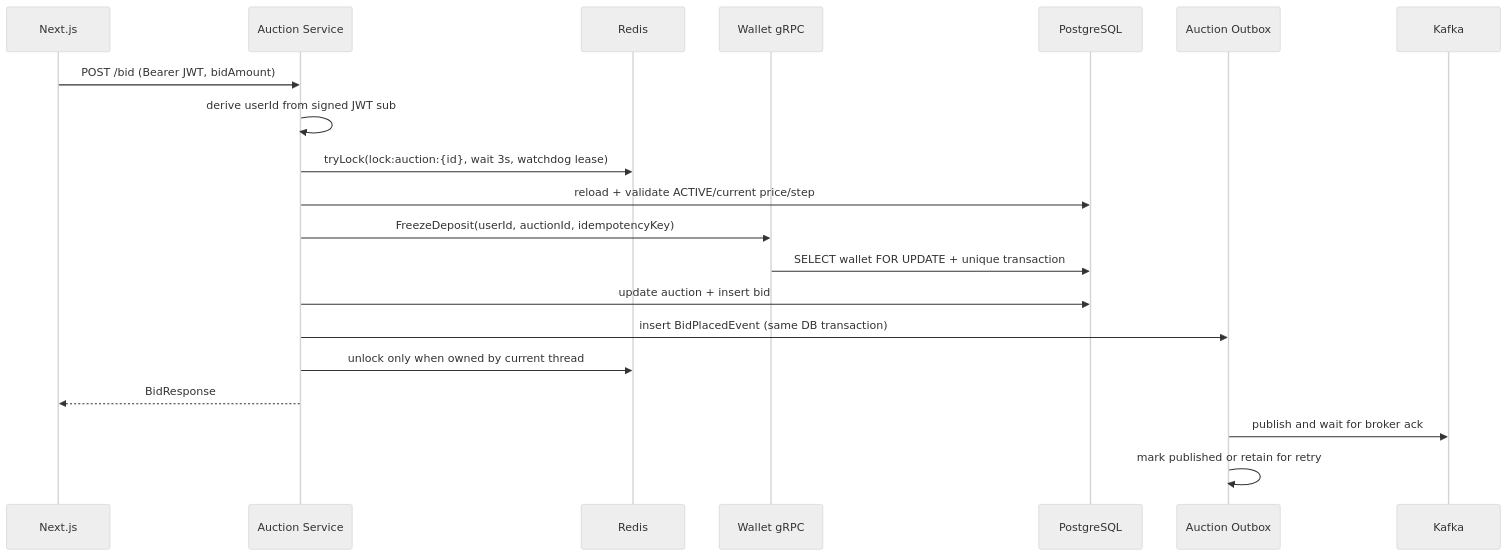
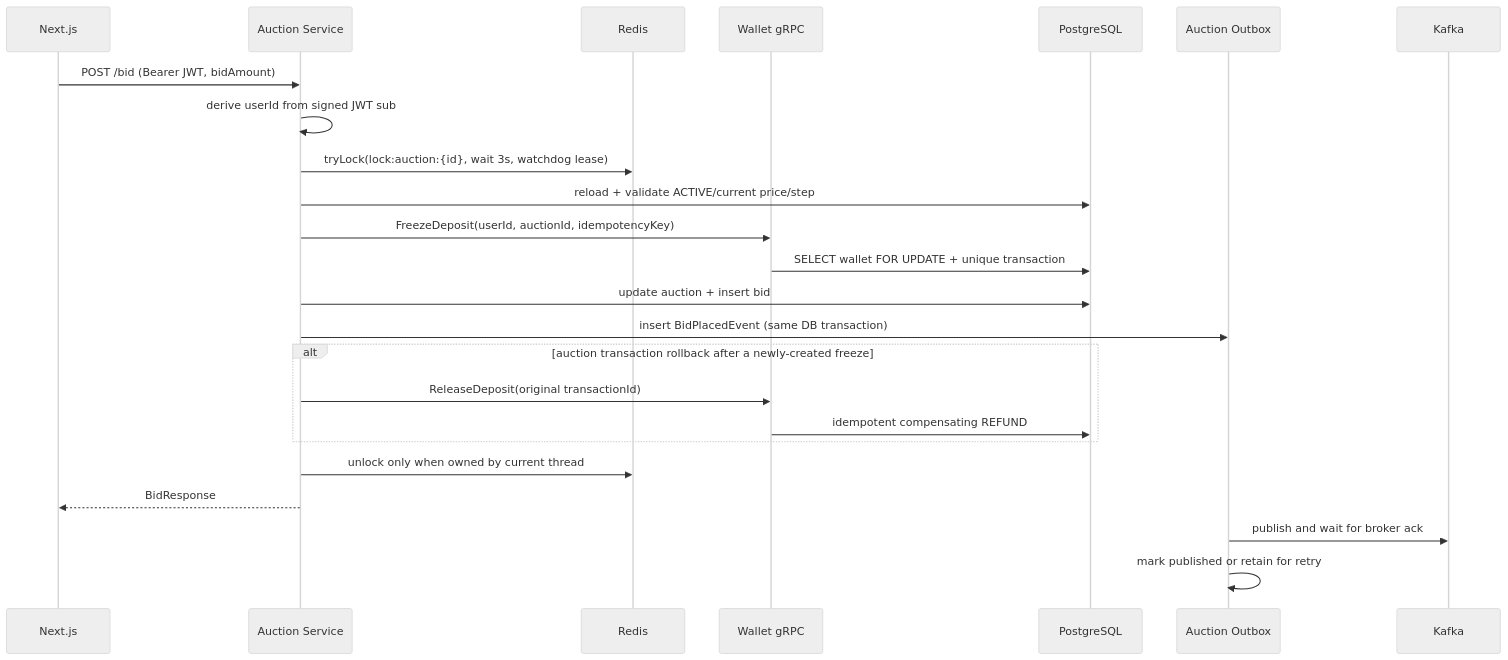
The third of 3 diagrams in README.md (okuminhphen/omnibid), drawn with Mermaid (neutral theme) before and after one commit. The commit also changed other lines of this file and 7 other files, not shown here.

Commit message:
docs: document clean architecture and compensation semantics

````diff
--- a/README.md
+++ b/README.md
@@ -94,23 +95,27 @@
 ```mermaid
 sequenceDiagram
     participant UI as Next.js
     participant A as Auction Service
     participant R as Redis
     participant W as Wallet gRPC
     participant DB as PostgreSQL
     participant O as Auction Outbox
     participant K as Kafka
 
     UI->>A: POST /bid (Bearer JWT, bidAmount)
     A->>A: derive userId from signed JWT sub
     A->>R: tryLock(lock:auction:{id}, wait 3s, watchdog lease)
     A->>DB: reload + validate ACTIVE/current price/step
     A->>W: FreezeDeposit(userId, auctionId, idempotencyKey)
     W->>DB: SELECT wallet FOR UPDATE + unique transaction
     A->>DB: update auction + insert bid
     A->>O: insert BidPlacedEvent (same DB transaction)
+    alt auction transaction rollback after a newly-created freeze
+      A->>W: ReleaseDeposit(original transactionId)
+      W->>DB: idempotent compensating REFUND
+    end
     A->>R: unlock only when owned by current thread
     A-->>UI: BidResponse
     O->>K: publish and wait for broker ack
     O->>O: mark published or retain for retry
 ```
````
